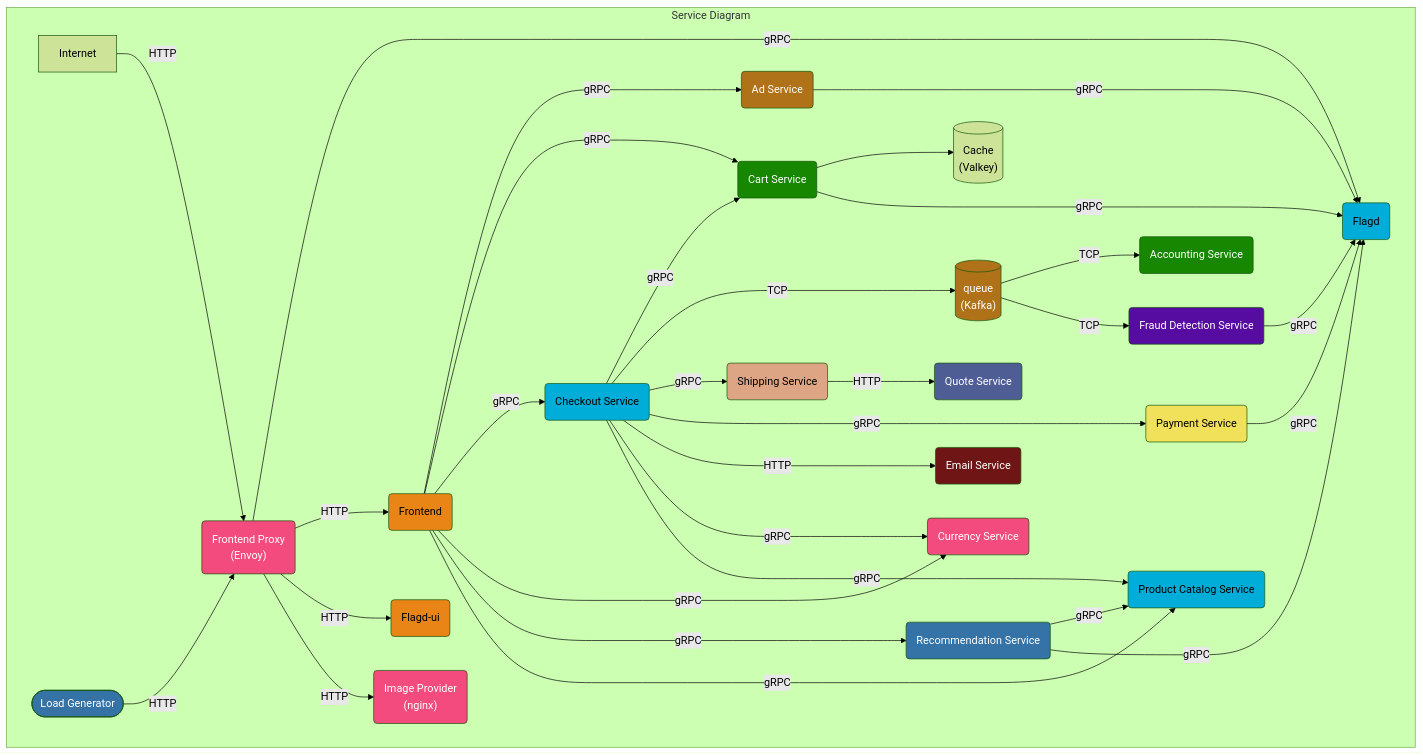
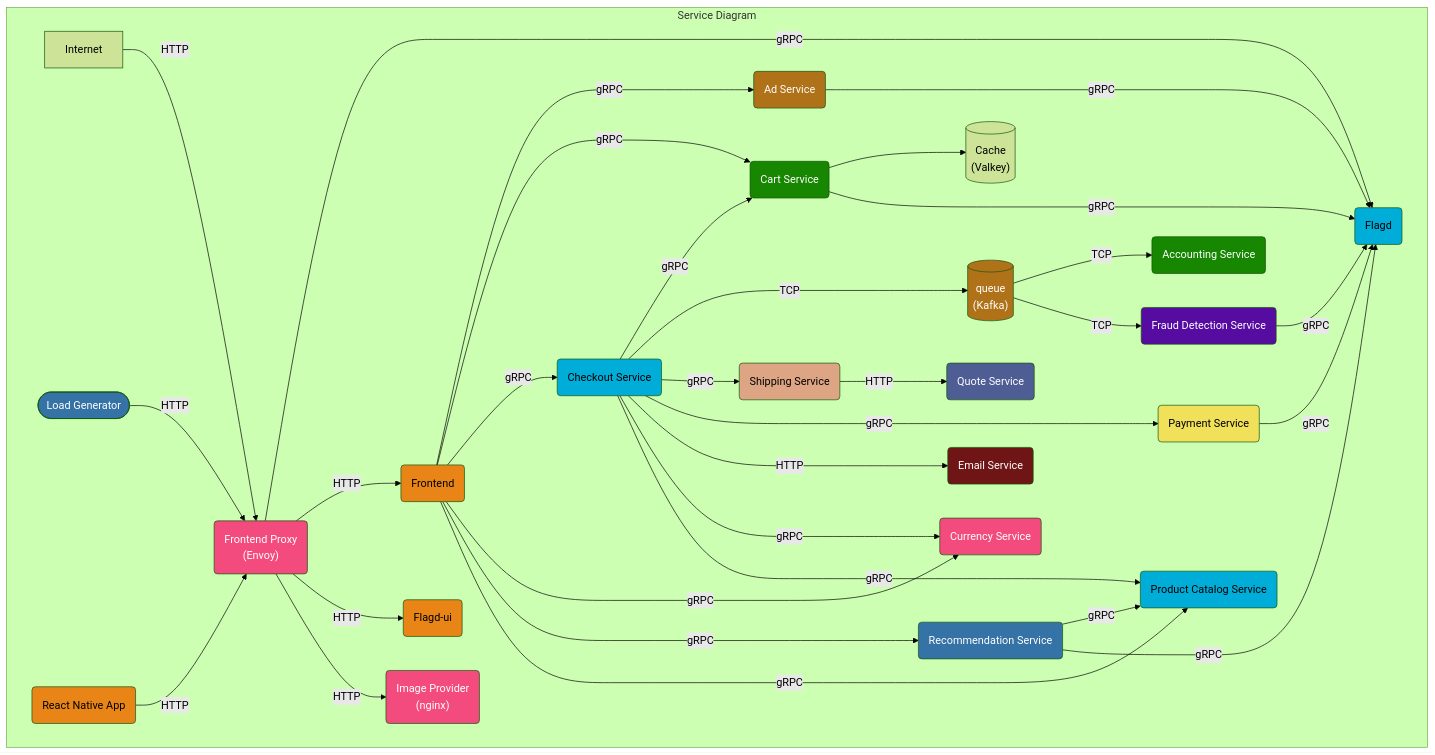
One commit to open-telemetry/opentelemetry.io changed the first of 3 diagrams in content/en/docs/demo/architecture.md. Above: the diagram before and after it, drawn with Mermaid (forest theme). The commit also changed 5 other files, not shown here.

Commit message:
[Demo] Add info about React Native app (#5704)

````diff
--- a/content/en/docs/demo/architecture.md
+++ b/content/en/docs/demo/architecture.md
@@ -12,78 +12,81 @@
 ```mermaid
 graph TD
 subgraph Service Diagram
 accountingservice(Accounting Service):::dotnet
 adservice(Ad Service):::java
 cache[(Cache<br/>&#40Valkey&#41)]
 cartservice(Cart Service):::dotnet
 checkoutservice(Checkout Service):::golang
 currencyservice(Currency Service):::cpp
 emailservice(Email Service):::ruby
 flagd(Flagd):::golang
 flagdui(Flagd-ui):::typescript
 frauddetectionservice(Fraud Detection Service):::kotlin
 frontend(Frontend):::typescript
 frontendproxy(Frontend Proxy <br/>&#40Envoy&#41):::cpp
 imageprovider(Image Provider <br/>&#40nginx&#41):::cpp
 loadgenerator([Load Generator]):::python
 paymentservice(Payment Service):::javascript
 productcatalogservice(Product Catalog Service):::golang
 quoteservice(Quote Service):::php
 recommendationservice(Recommendation Service):::python
 shippingservice(Shipping Service):::rust
 queue[(queue<br/>&#40Kafka&#41)]:::java
+react-native-app(React Native App):::typescript
 
 adservice ---->|gRPC| flagd
 
 checkoutservice -->|gRPC| cartservice
 checkoutservice --->|TCP| queue
 cartservice --> cache
 cartservice -->|gRPC| flagd
 
 checkoutservice -->|gRPC| shippingservice
 checkoutservice -->|gRPC| paymentservice
 checkoutservice --->|HTTP| emailservice
 checkoutservice -->|gRPC| currencyservice
 checkoutservice -->|gRPC| productcatalogservice
 
 frauddetectionservice -->|gRPC| flagd
 
 frontend -->|gRPC| adservice
 frontend -->|gRPC| cartservice
 frontend -->|gRPC| checkoutservice
 frontend ---->|gRPC| currencyservice
 frontend ---->|gRPC| recommendationservice
 frontend -->|gRPC| productcatalogservice
 
 frontendproxy -->|gRPC| flagd
 frontendproxy -->|HTTP| frontend
 frontendproxy -->|HTTP| flagdui
 frontendproxy -->|HTTP| imageprovider
 
 Internet -->|HTTP| frontendproxy
 
 loadgenerator -->|HTTP| frontendproxy
 
 paymentservice -->|gRPC| flagd
 
 queue -->|TCP| accountingservice
 queue -->|TCP| frauddetectionservice
 
 recommendationservice -->|gRPC| productcatalogservice
 recommendationservice -->|gRPC| flagd
 
 shippingservice -->|HTTP| quoteservice
+
+react-native-app -->|HTTP| frontendproxy
 end
 
 classDef dotnet fill:#178600,color:white;
 classDef cpp fill:#f34b7d,color:white;
 classDef golang fill:#00add8,color:black;
 classDef java fill:#b07219,color:white;
 classDef javascript fill:#f1e05a,color:black;
 classDef kotlin fill:#560ba1,color:white;
 classDef php fill:#4f5d95,color:white;
 classDef python fill:#3572A5,color:white;
 classDef ruby fill:#701516,color:white;
 classDef rust fill:#dea584,color:black;
 classDef typescript fill:#e98516,color:black;
 ```
````
